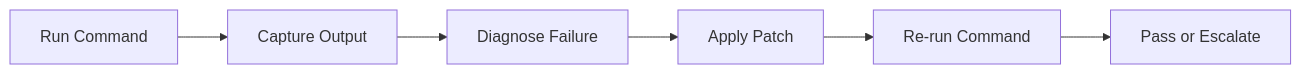
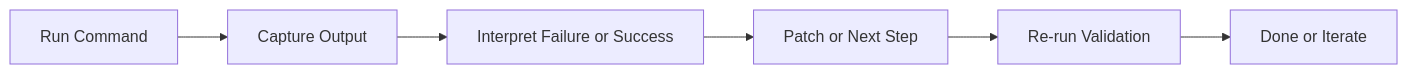
The diagram in tutorials/cline-tutorial/04-terminal-and-runtime-tools.md (johnxie/awesome-code-docs), drawn with Mermaid before and after one commit. The commit also changed other lines of this file and 13 other files, not shown here.

````diff
--- a/tutorials/cline-tutorial/04-terminal-and-runtime-tools.md
+++ b/tutorials/cline-tutorial/04-terminal-and-runtime-tools.md
@@ -14,8 +14,8 @@
 ```mermaid
-graph LR
+flowchart LR
     A[Run Command] --> B[Capture Output]
-    B --> C[Diagnose Failure]
-    C --> D[Apply Patch]
-    D --> E[Re-run Command]
-    E --> F[Pass or Escalate]
+    B --> C[Interpret Failure or Success]
+    C --> D[Patch or Next Step]
+    D --> E[Re-run Validation]
+    E --> F[Done or Iterate]
 ```
````
